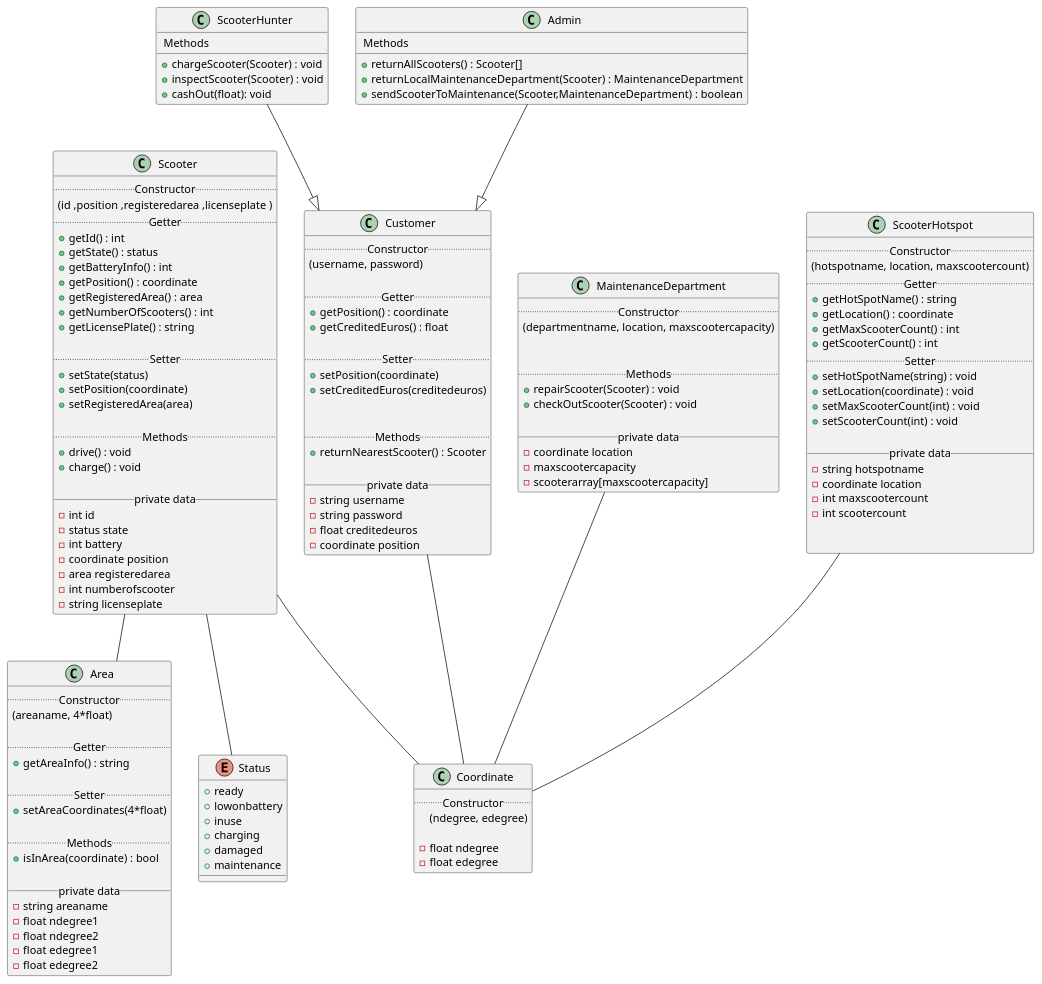
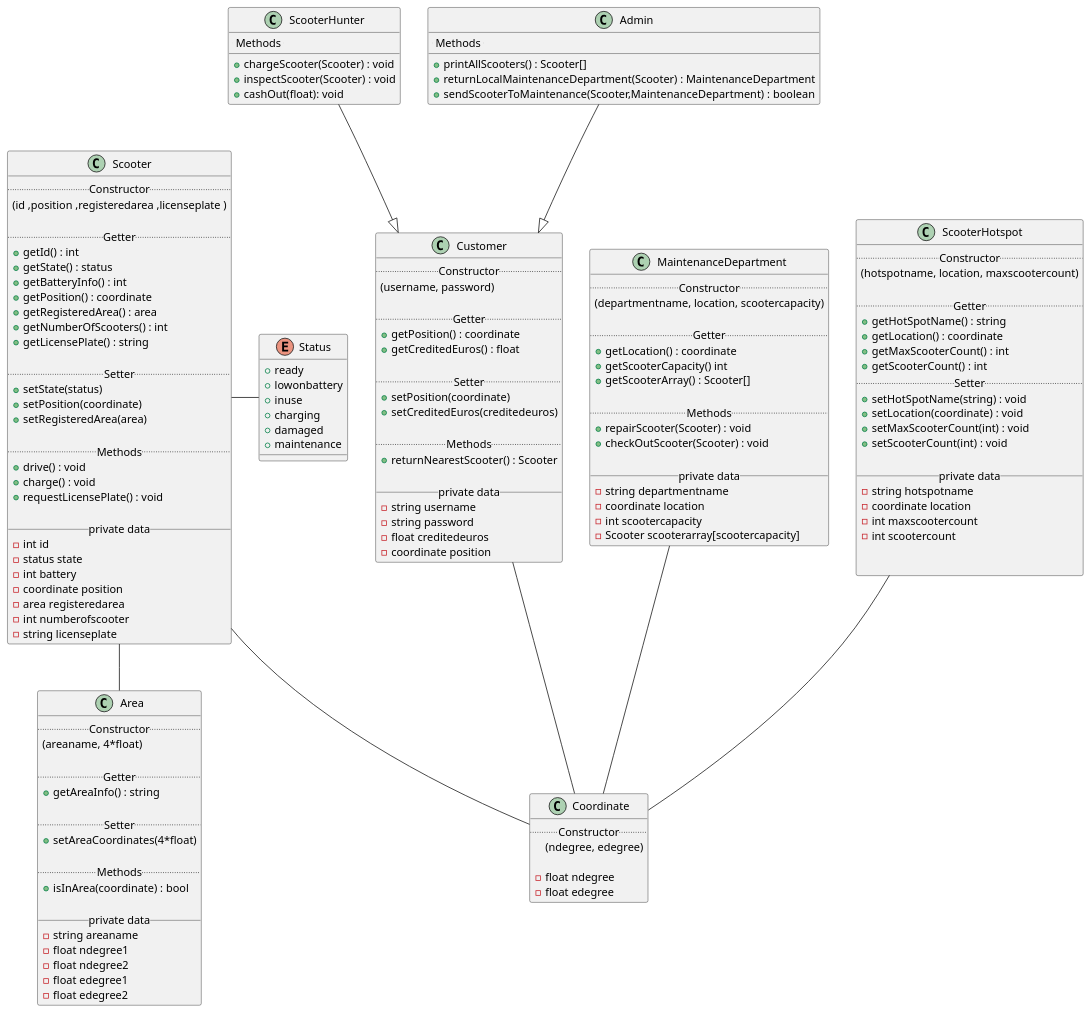
Before and after one commit to fh-erfurt/Scooter-MS: the diagram in umldiagram.iuml, drawn with PlantUML. The commit also changed 7 other files, not shown here.

Commit message:
updated class Admin, MaintenanceDepartment, Status and Scooter (and UML)

```diff
--- a/umldiagram.iuml
+++ b/umldiagram.iuml
@@ -1,172 +1,179 @@
 @startuml
 
 
 
 
 
 skinparam componentStyle uml2
 
 
 
 class Scooter {
     .. Constructor ..
       (id ,position ,registeredarea ,licenseplate )
+
     .. Getter ..
   + getId() : int
   + getState() : status
   + getBatteryInfo() : int
   + getPosition() : coordinate
   + getRegisteredArea() : area
   + getNumberOfScooters() : int
   + getLicensePlate() : string
 
   .. Setter ..
   + setState(status)
   + setPosition(coordinate)
   + setRegisteredArea(area)
 
   .. Methods ..
   + drive() : void
   + charge() : void
+  + requestLicensePlate() : void
 
   __ private data __
   -int id
   -status state
   -int battery
   -coordinate position
   -area registeredarea
   -int numberofscooter
   -string licenseplate
 }
 
 class Area {
   .. Constructor ..
   (areaname, 4*float)
 
   .. Getter ..
   + getAreaInfo() : string
 
   .. Setter ..
   + setAreaCoordinates(4*float)
 
   .. Methods ..
   + isInArea(coordinate) : bool
 
   __ private data __
   -string areaname
   -float ndegree1
   -float ndegree2
   -float edegree1
   -float edegree2
 }
 
 
 
 class Coordinate {
   .. Constructor ..
   (ndegree, edegree)
 
   -float ndegree
   -float edegree
 }
 
 
 class Customer {
   .. Constructor ..
   (username, password)
 
   .. Getter ..
   + getPosition() : coordinate
   + getCreditedEuros() : float
 
   .. Setter ..
   + setPosition(coordinate)
   + setCreditedEuros(creditedeuros)
 
-
   .. Methods ..
   + returnNearestScooter() : Scooter
 
   __ private data __
   -string username
   -string password
   -float creditedeuros
   -coordinate position
 }
 
 class ScooterHunter {
 
   .. Methods ..
   + chargeScooter(Scooter) : void
   + inspectScooter(Scooter) : void
   + cashOut(float): void
 }
 
 class Admin {
 
   .. Methods ..
-  + returnAllScooters() : Scooter[]
+  + printAllScooters() : Scooter[]
   + returnLocalMaintenanceDepartment(Scooter) : MaintenanceDepartment
   + sendScooterToMaintenance(Scooter,MaintenanceDepartment) : boolean
 }
 
 
 class MaintenanceDepartment {
   .. Constructor ..
-(departmentname, location, maxscootercapacity)
+(departmentname, location, scootercapacity)
 
+  .. Getter ..
+  + getLocation() : coordinate
+  + getScooterCapacity() int
+  + getScooterArray() : Scooter[]
 
   .. Methods ..
   + repairScooter(Scooter) : void
   + checkOutScooter(Scooter) : void
 
   __ private data __
+  -string departmentname
   -coordinate location
-  -maxscootercapacity
-  -scooterarray[maxscootercapacity]
+  -int scootercapacity
+  -Scooter scooterarray[scootercapacity]
 }
 
 
 class ScooterHotspot {
   .. Constructor ..
 (hotspotname, location, maxscootercount)
+
   .. Getter ..
-   + getHotSpotName() : string
-   + getLocation() : coordinate
-   + getMaxScooterCount() : int
-   + getScooterCount() : int
+  + getHotSpotName() : string
+  + getLocation() : coordinate
+  + getMaxScooterCount() : int
+  + getScooterCount() : int
   .. Setter ..
-   + setHotSpotName(string) : void
-   + setLocation(coordinate) : void
-   + setMaxScooterCount(int) : void
-   + setScooterCount(int) : void
+  + setHotSpotName(string) : void
+  + setLocation(coordinate) : void
+  + setMaxScooterCount(int) : void
+  + setScooterCount(int) : void
 
   __ private data __
   -string hotspotname
   -coordinate location
   -int maxscootercount
   -int scootercount
 
 
 }
 
 enum Status {
   + ready
   + lowonbattery
   + inuse
   + charging
   + damaged
   + maintenance
 }
 
 Admin --|> Customer
 ScooterHunter --|> Customer
-Scooter -- Status
+Scooter - Status
 Scooter -- Coordinate
 Scooter -- Area
 MaintenanceDepartment -- Coordinate
 ScooterHotspot -- Coordinate
 Customer -- Coordinate
 
 
 @enduml
```
